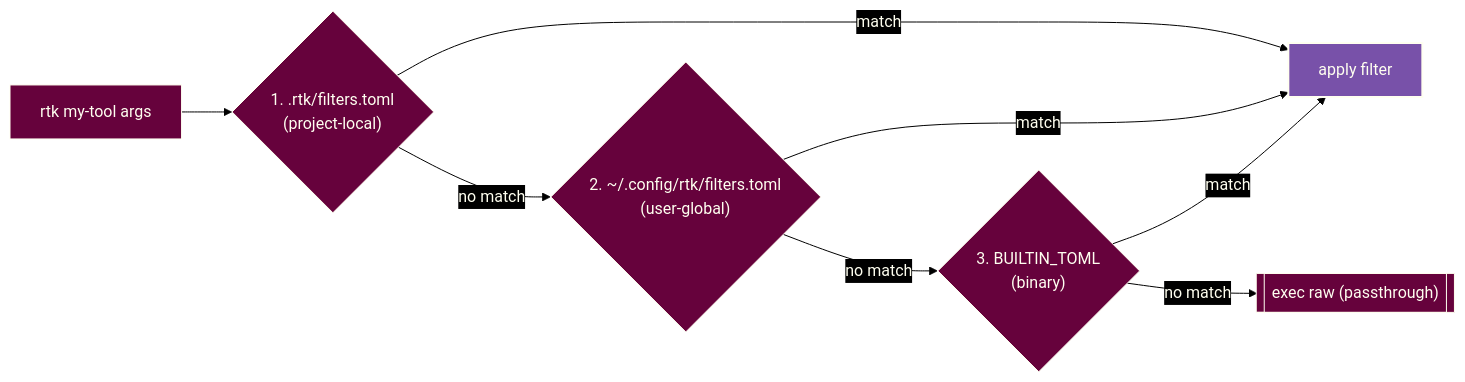
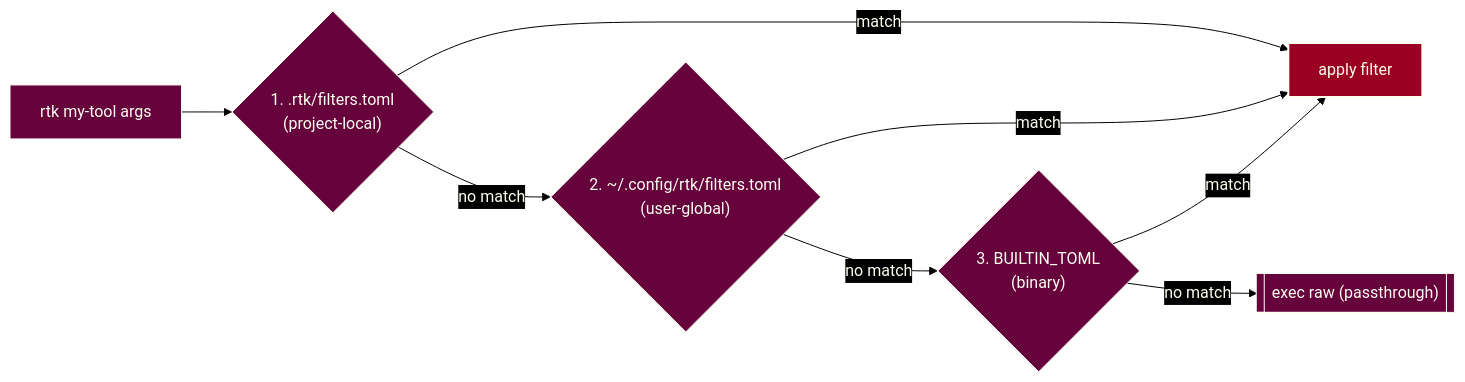
One commit to ryanduguid/rtk changed the second of 2 diagrams in src/filters/README.md. Above: the diagram before and after it, drawn with Mermaid. The commit also changed other lines of this file, not shown here.

First line of the commit message:
docs: match Mermaid accents to website palette (#4)

````diff
--- a/src/filters/README.md
+++ b/src/filters/README.md
@@ -107,15 +107,15 @@
 ```mermaid
 flowchart LR
 %%{init: {"theme": "base", "look": "classic", "themeVariables": {"background": "#000000", "primaryColor": "#66023C", "primaryTextColor": "#FFFFF0", "primaryBorderColor": "#FFFFF0", "lineColor": "#000000", "textColor": "#FFFFF0", "edgeLabelBackground": "#000000", "clusterBkg": "#000000", "clusterBorder": "#FFFFF0", "titleColor": "#FFFFF0"}, "themeCSS": ".flowchart-link, .relationshipLine, marker path { filter: drop-shadow(0px 1px 0px #FFFFF0) drop-shadow(0px -1px 0px #FFFFF0) drop-shadow(1px 0px 0px #FFFFF0) drop-shadow(-1px 0px 0px #FFFFF0); }"}}%%
     CMD["rtk my-tool args"] --> P1
     P1{"1. .rtk/filters.toml\n(project-local)"}
     P1 -->|"match"| WIN["apply filter"]
     P1 -->|"no match"| P2
     P2{"2. ~/.config/rtk/filters.toml\n(user-global)"}
     P2 -->|"match"| WIN
     P2 -->|"no match"| P3
     P3{"3. BUILTIN_TOML\n(binary)"}
     P3 -->|"match"| WIN
     P3 -->|"no match"| P4[["exec raw (passthrough)"]]
-    style WIN fill:#7851A9,stroke:#FFFFF0,stroke-width:2px,color:#FFFFF0
+    style WIN fill:#990024,stroke:#FFFFF0,stroke-width:2px,color:#FFFFF0
 ```
````
